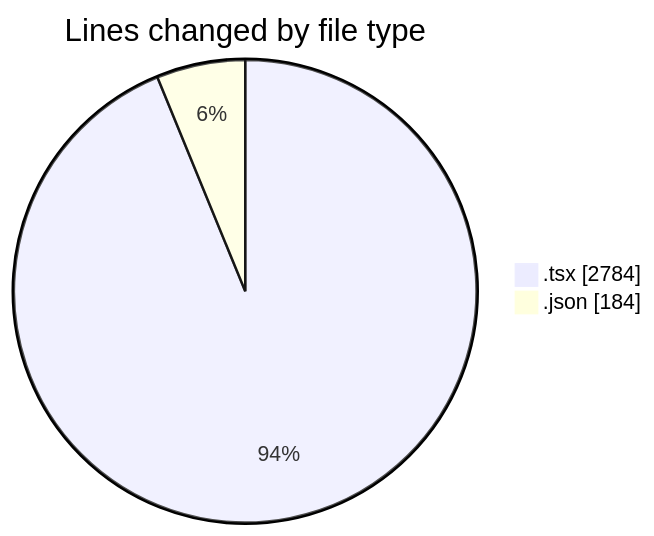
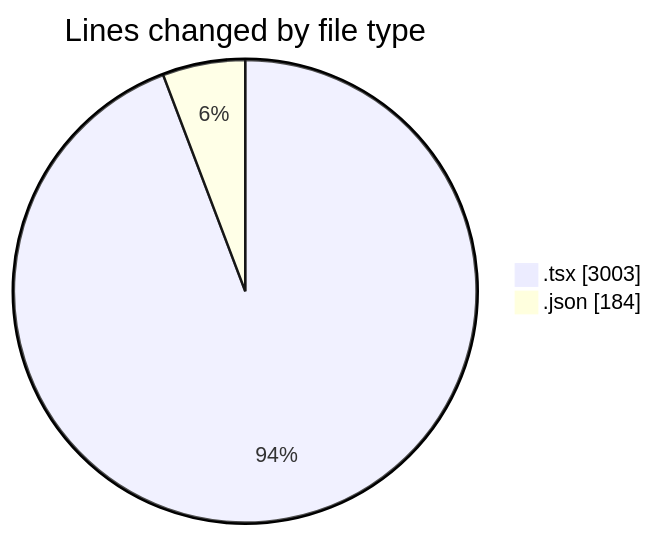
Before and after one commit to momahboobian/code-tracking: the first of 2 diagrams in 2025-11-21/cda/README.md, drawn with Mermaid. The commit also changed other lines of this file and 1 other file, not shown here.

````diff
--- a/2025-11-21/cda/README.md
+++ b/2025-11-21/cda/README.md
@@ -24,6 +25,6 @@
 ```mermaid
 pie showData
 title Lines changed by file type
-".tsx" : 2784
+".tsx" : 3003
 ".json" : 184
 ```
````
